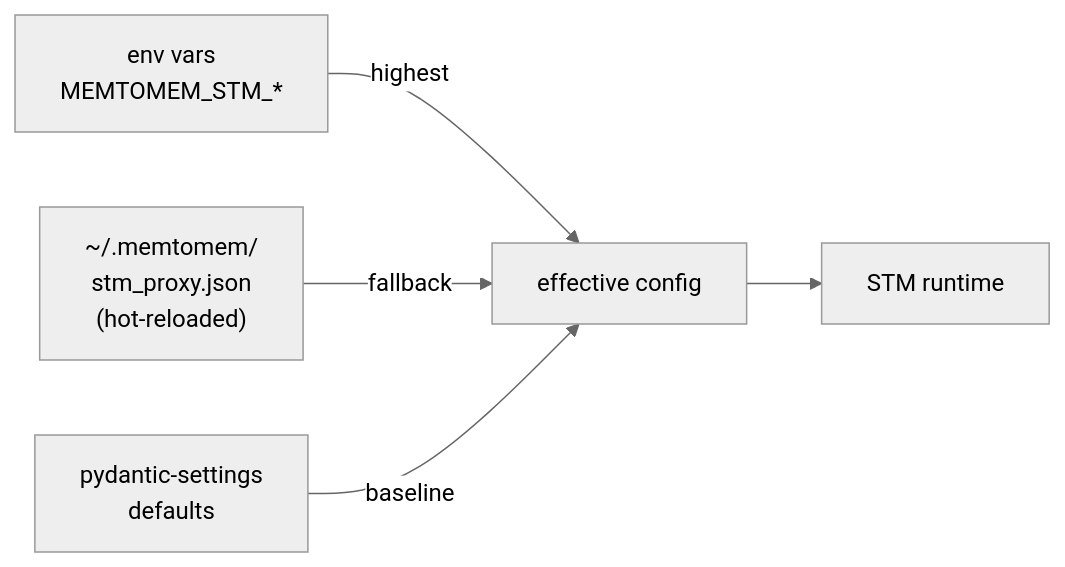
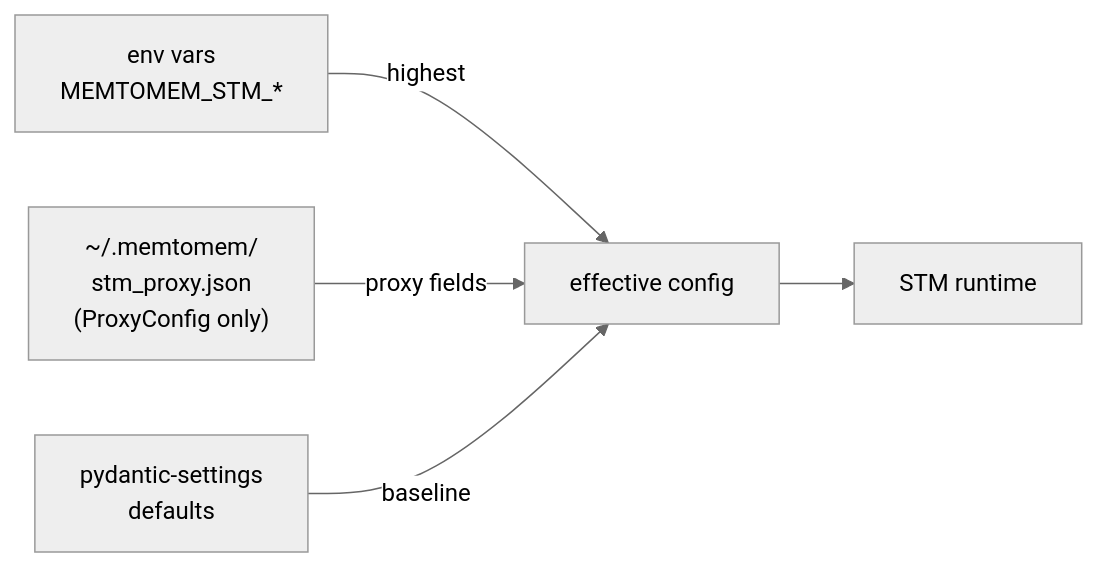
One commit to memtomem/memtomem-stm changed the first of 2 diagrams in docs/configuration.md. Above: the diagram before and after it, drawn with Mermaid (neutral theme). The commit also changed other lines of this file and 22 other files, not shown here.

````diff
--- a/docs/configuration.md
+++ b/docs/configuration.md
@@ -5,7 +24,7 @@
 ```mermaid
 flowchart LR
     Env["env vars<br/>MEMTOMEM_STM_*"] -->|highest| Merge["effective config"]
-    File["~/.memtomem/<br/>stm_proxy.json<br/>(hot-reloaded)"] -->|fallback| Merge
+    File["~/.memtomem/<br/>stm_proxy.json<br/>(ProxyConfig only)"] -->|proxy fields| Merge
     Defaults["pydantic-settings<br/>defaults"] -->|baseline| Merge
     Merge --> STM["STM runtime"]
 ```
````
